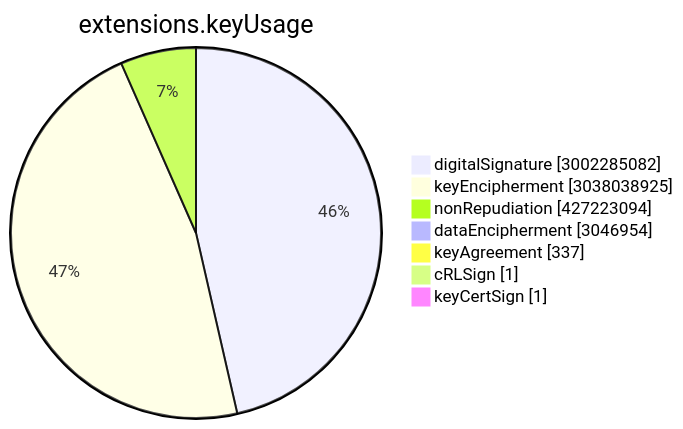
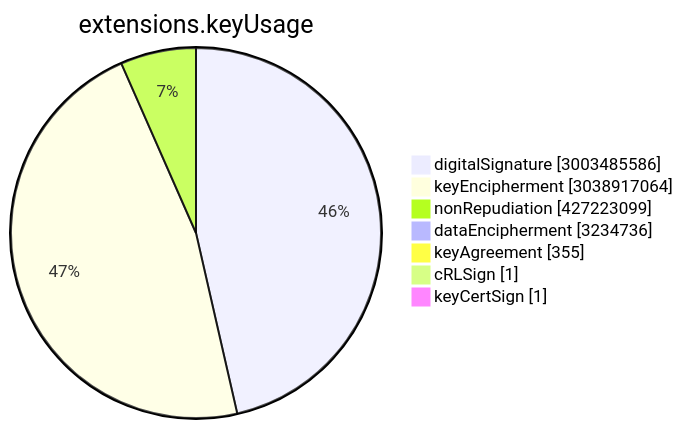
The sixth of 15 diagrams in TOTAL/README.md (christiankrug/ctmonitor_visualization), drawn with Mermaid before and after one commit. The commit also changed other lines of this file, not shown here.

````diff
--- a/TOTAL/README.md
+++ b/TOTAL/README.md
@@ -3074,11 +3075,11 @@
 ```mermaid
 pie showData
 title extensions.keyUsage
-"digitalSignature" :3002285082
-"keyEncipherment" :3038038925
-"nonRepudiation" :427223094
-"dataEncipherment" :3046954
-"keyAgreement" :337
+"digitalSignature" :3003485586
+"keyEncipherment" :3038917064
+"nonRepudiation" :427223099
+"dataEncipherment" :3234736
+"keyAgreement" :355
 "cRLSign" :1
 "keyCertSign" :1
 ```
````
